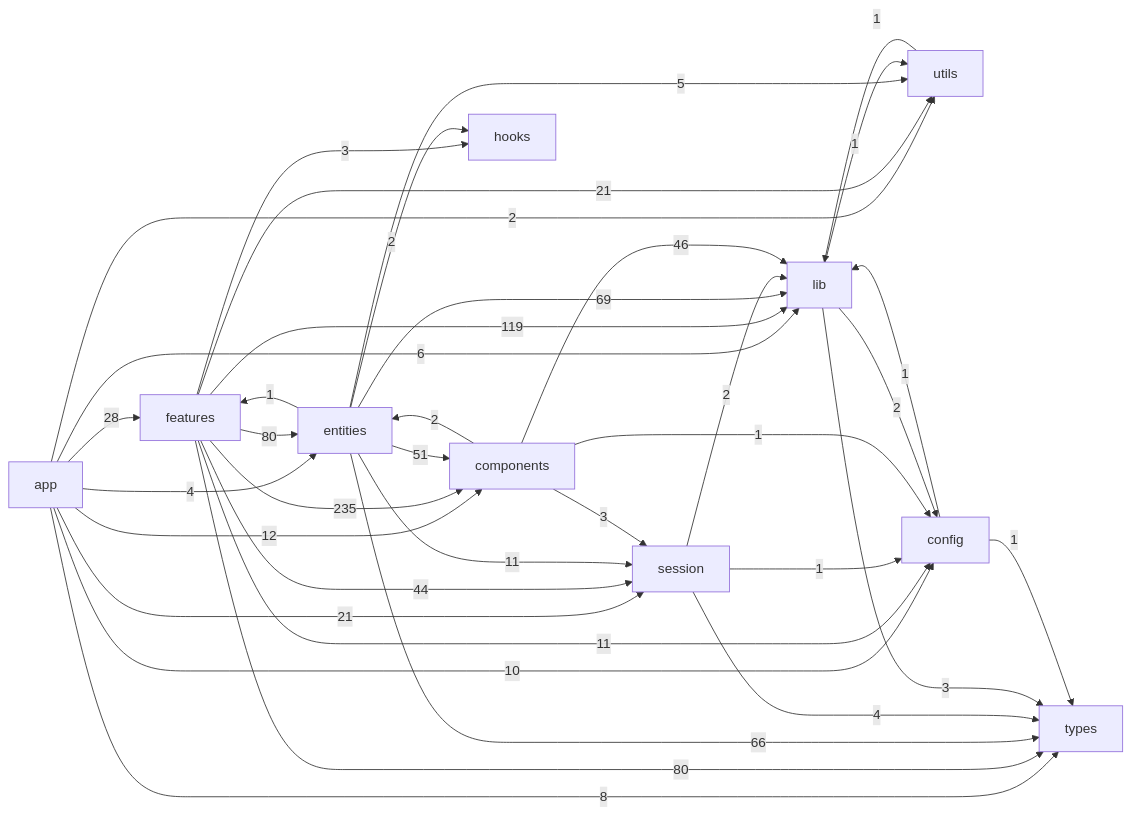
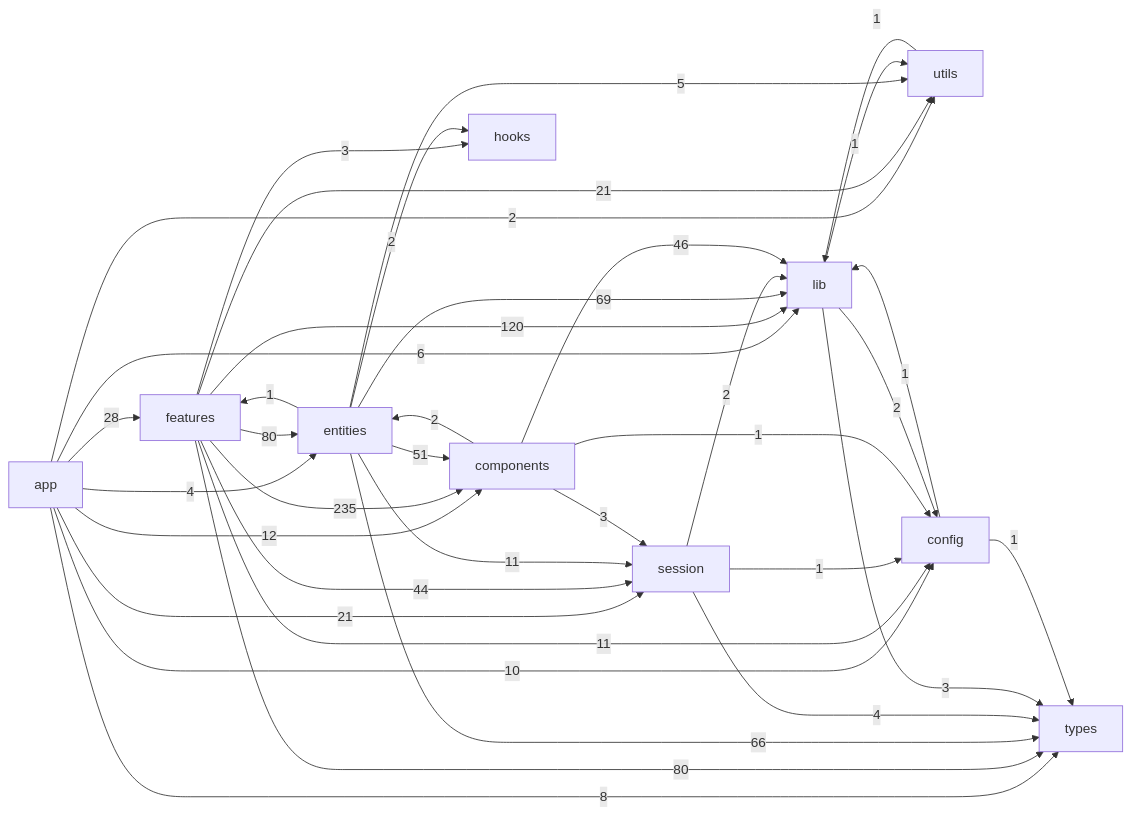
The diagram in lms_frontend/docs/generated/feature-dependency-graph.md (JohnnyZhao2/LMS), drawn with Mermaid before and after one commit. The commit also changed other lines of this file and 16 other files, not shown here.

````diff
--- a/lms_frontend/docs/generated/feature-dependency-graph.md
+++ b/lms_frontend/docs/generated/feature-dependency-graph.md
@@ -7,49 +7,49 @@
 ```mermaid
 flowchart LR
   app["app"]
   features["features"]
   entities["entities"]
   session["session"]
   components["components"]
   hooks["hooks"]
   lib["lib"]
   utils["utils"]
   config["config"]
   types["types"]
   app -->|28| features
   app -->|4| entities
   app -->|21| session
   app -->|12| components
   app -->|6| lib
   app -->|2| utils
   app -->|10| config
   app -->|8| types
   features -->|80| entities
   features -->|44| session
   features -->|235| components
   features -->|3| hooks
-  features -->|119| lib
+  features -->|120| lib
   features -->|21| utils
   features -->|11| config
   features -->|80| types
   entities -->|1| features
   entities -->|11| session
   entities -->|51| components
   entities -->|2| hooks
   entities -->|69| lib
   entities -->|5| utils
   entities -->|66| types
   session -->|2| lib
   session -->|1| config
   session -->|4| types
   components -->|2| entities
   components -->|3| session
   components -->|46| lib
   components -->|1| config
   lib -->|1| utils
   lib -->|2| config
   lib -->|3| types
   utils -->|1| lib
   config -->|1| lib
   config -->|1| types
 ```
````
